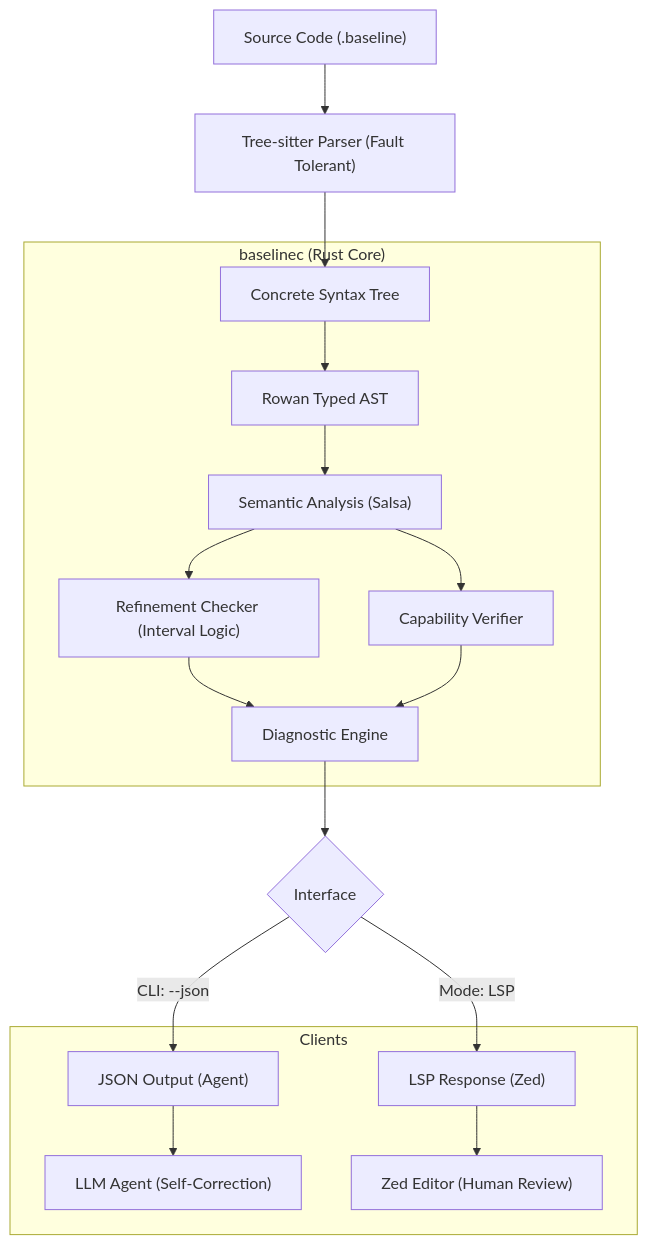
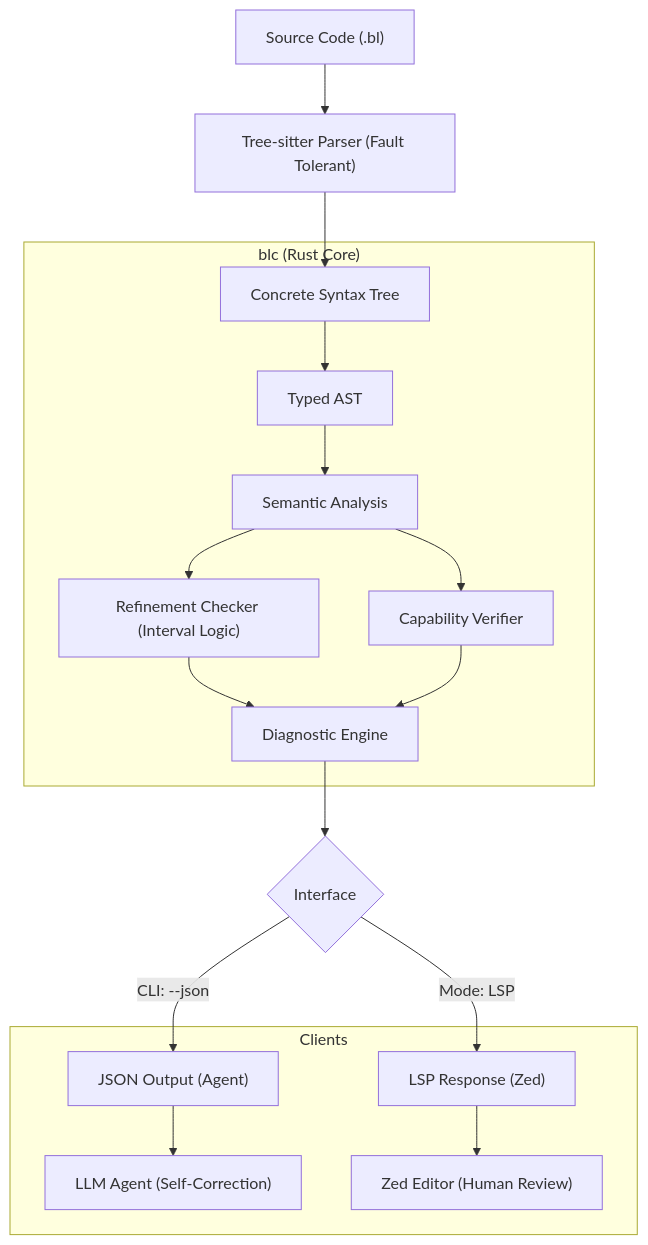
Before and after one commit to manifestdocs/baseline: the diagram in design/technical-specification.md, drawn with Mermaid. The commit also changed other lines of this file and 15 other files, not shown here.

````diff
--- a/design/technical-specification.md
+++ b/design/technical-specification.md
@@ -30,24 +30,24 @@
 ```mermaid
 graph TD
-    Source["Source Code (.baseline)"] --> TS["Tree-sitter Parser (Fault Tolerant)"]
+    Source["Source Code (.bl)"] --> TS["Tree-sitter Parser (Fault Tolerant)"]
     TS --> CST["Concrete Syntax Tree"]
-    
-    subgraph "baselinec (Rust Core)"
-        CST --> AST["Rowan Typed AST"]
-        AST --> Analysis["Semantic Analysis (Salsa)"]
+
+    subgraph "blc (Rust Core)"
+        CST --> AST["Typed AST"]
+        AST --> Analysis["Semantic Analysis"]
         Analysis --> Refine["Refinement Checker (Interval Logic)"]
         Analysis --> Effect["Capability Verifier"]
         Refine & Effect --> Diagnostics["Diagnostic Engine"]
     end
     
     Diagnostics --> InterfaceSwitch{Interface}
     
     InterfaceSwitch -->|CLI: --json| JSON["JSON Output (Agent)"]
     InterfaceSwitch -->|Mode: LSP| LSP["LSP Response (Zed)"]
     
     subgraph "Clients"
         JSON --> AgentLoop["LLM Agent (Self-Correction)"]
         LSP --> Zed["Zed Editor (Human Review)"]
     end
 
 ```
````
